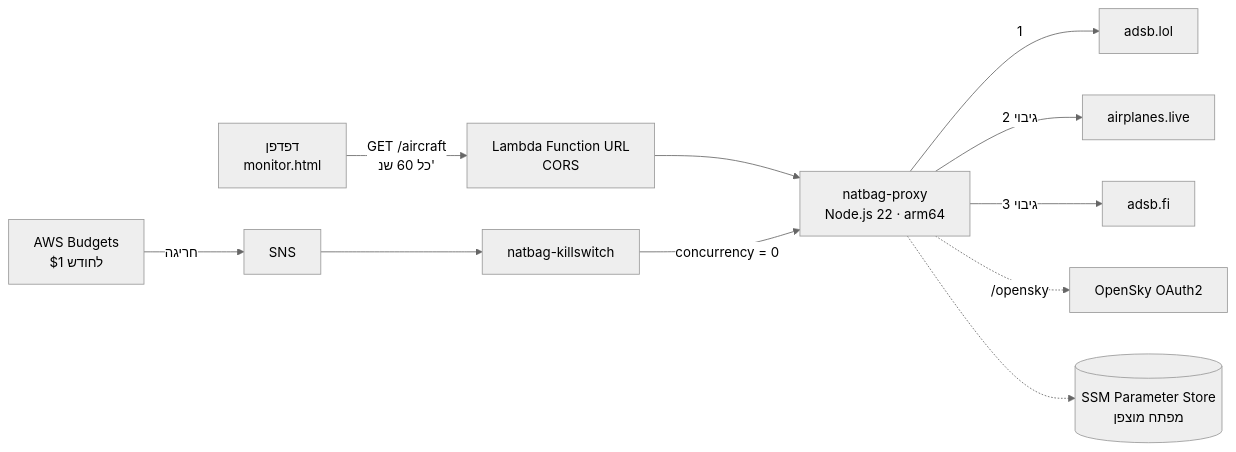
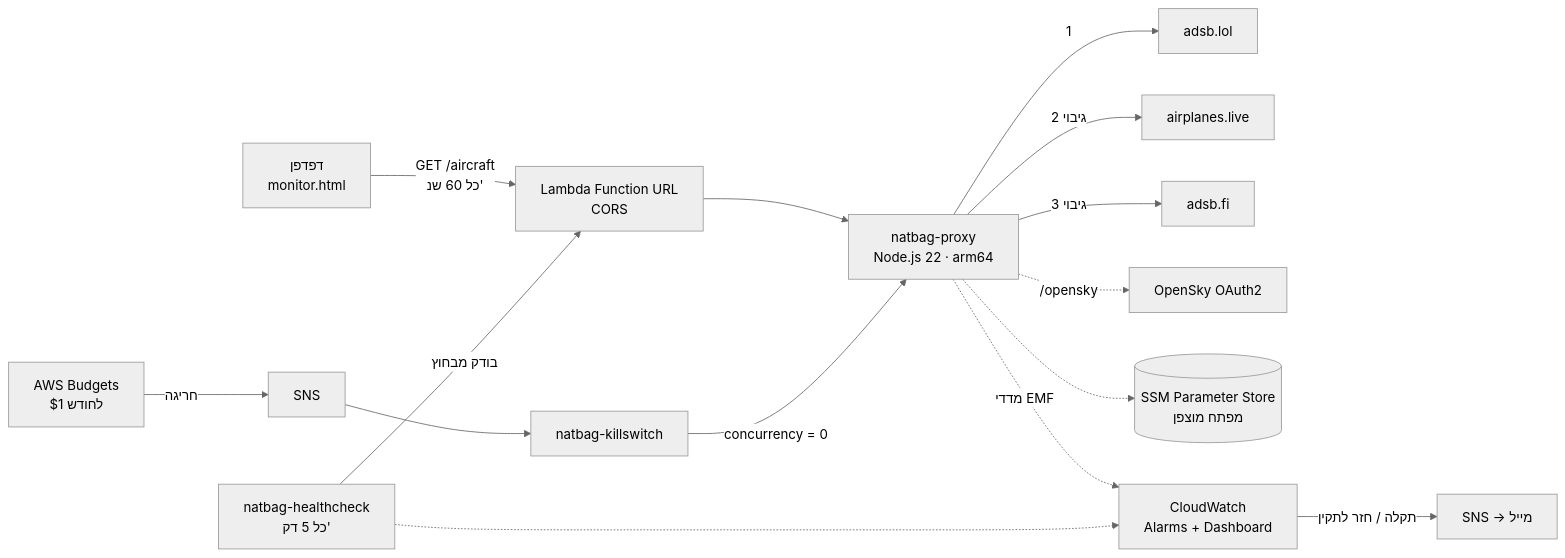
Before and after one commit to ackerme/natbag-monitor: the first of 2 diagrams in README.md, drawn with Mermaid (neutral theme). The commit also changed other lines of this file, not shown here.

````diff
--- a/README.md
+++ b/README.md
@@ -14,12 +14,16 @@
 ```mermaid
 flowchart LR
     B[דפדפן<br/>monitor.html] -->|GET /aircraft<br/>כל 60 שנ'| U[Lambda Function URL<br/>CORS]
     U --> P[natbag-proxy<br/>Node.js 22 · arm64]
     P -->|1| A[adsb.lol]
     P -->|2 גיבוי| L[airplanes.live]
     P -->|3 גיבוי| F[adsb.fi]
     P -.->|/opensky| O[OpenSky OAuth2]
     P -.-> S[(SSM Parameter Store<br/>מפתח מוצפן)]
     BU[AWS Budgets<br/>$1 לחודש] -->|חריגה| SN[SNS] --> K[natbag-killswitch]
     K -->|concurrency = 0| P
+    HC[natbag-healthcheck<br/>כל 5 דק'] -->|בודק מבחוץ| U
+    P -.->|מדדי EMF| CW[CloudWatch<br/>Alarms + Dashboard]
+    HC -.-> CW
+    CW -->|תקלה / חזר לתקין| OPS[SNS → מייל]
 ```
````
